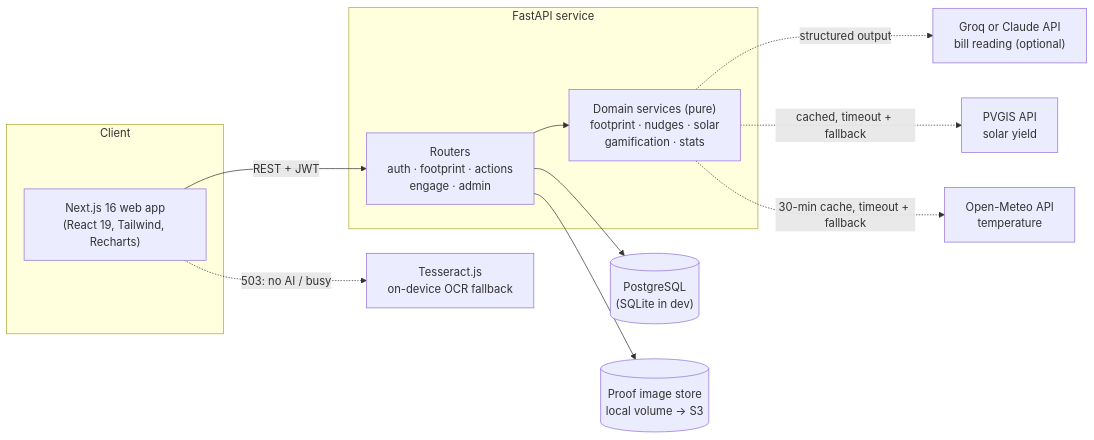
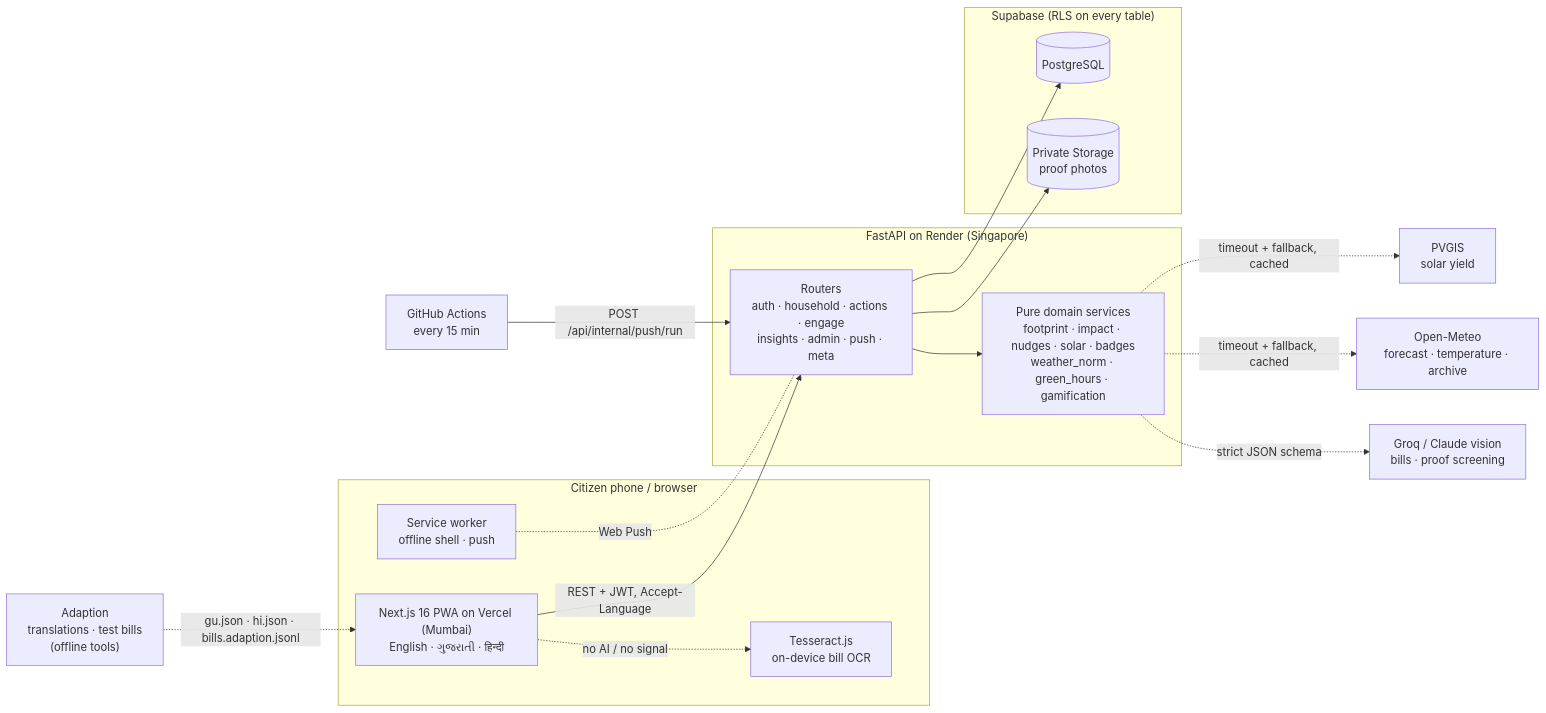
One commit to neevmodh/LiFEline changed the first of 2 diagrams in README.md. Above: the diagram before and after it, drawn with Mermaid. The commit also changed other lines of this file and 14 other files, not shown here.

First line of the commit message:
README rewritten for the finale; screenshots retaken from real app flows

````diff
--- a/README.md
+++ b/README.md
@@ -188,25 +161,33 @@
 ```mermaid
 flowchart LR
-    subgraph Client
-        W["Next.js 16 web app<br/>(React 19, Tailwind, Recharts)"]
+    subgraph Phone["Citizen phone / browser"]
+        W["Next.js 16 PWA on Vercel (Mumbai)<br/>English · ગુજરાતી · हिन्दी"]
+        SW["Service worker<br/>offline shell · push"]
+        OCR["Tesseract.js<br/>on-device bill OCR"]
     end
-    subgraph API["FastAPI service"]
-        R["Routers<br/>auth · footprint · actions<br/>engage · admin"]
-        S["Domain services (pure)<br/>footprint · nudges · solar<br/>gamification · stats"]
+    subgraph Render["FastAPI on Render (Singapore)"]
+        R["Routers<br/>auth · household · actions · engage<br/>insights · admin · push · meta"]
+        S["Pure domain services<br/>footprint · impact · nudges · solar · badges<br/>weather_norm · green_hours · gamification"]
         R --> S
     end
-    DB[("PostgreSQL<br/>(SQLite in dev)")]
-    FS[("Proof image store<br/>local volume → S3")]
-    PV["PVGIS API<br/>solar yield"]
-    OM["Open-Meteo API<br/>temperature"]
-    CL["Groq or Claude API<br/>bill reading (optional)"]
-    OCR["Tesseract.js<br/>on-device OCR fallback"]
+    subgraph Supabase["Supabase (RLS on every table)"]
+        DB[("PostgreSQL")]
+        ST[("Private Storage<br/>proof photos")]
+    end
+    PV["PVGIS<br/>solar yield"]
+    OM["Open-Meteo<br/>forecast · temperature · archive"]
+    AI["Groq / Claude vision<br/>bills · proof screening"]
+    GH["GitHub Actions<br/>every 15 min"]
+    AD["Adaption<br/>translations · test bills<br/>(offline tools)"]
 
-    W -- "REST + JWT" --> R
-    W -. "503: no AI / busy" .-> OCR
-    S -. "structured output" .-> CL
+    W -- "REST + JWT, Accept-Language" --> R
+    W -. "no AI / no signal" .-> OCR
+    SW -. "Web Push" .- R
+    GH -- "POST /api/internal/push/run" --> R
     R --> DB
-    R --> FS
-    S -. "cached, timeout + fallback" .-> PV
-    S -. "30-min cache, timeout + fallback" .-> OM
+    R --> ST
+    S -. "timeout + fallback, cached" .-> PV
+    S -. "timeout + fallback, cached" .-> OM
+    S -. "strict JSON schema" .-> AI
+    AD -. "gu.json · hi.json · bills.adaption.jsonl" .-> W
 ```
````
